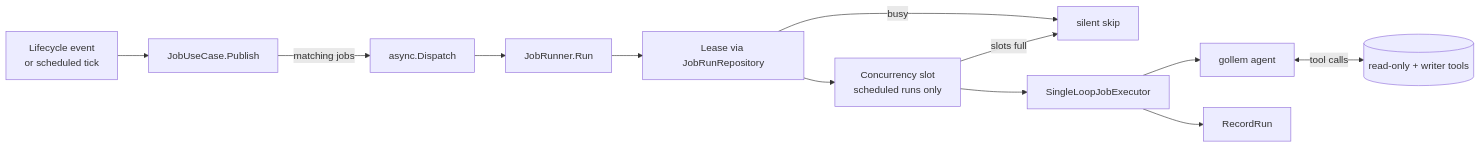
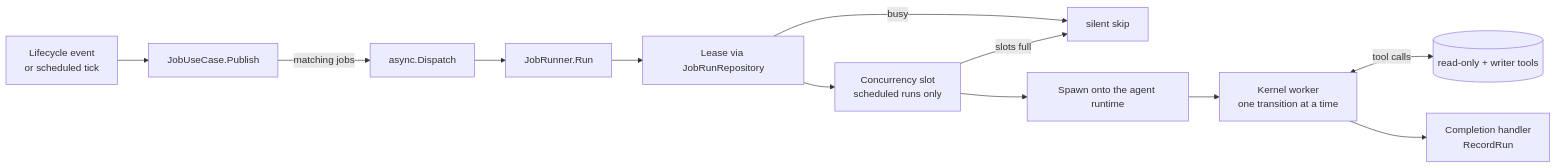
One commit to secmon-lab/hecatoncheires changed the diagram in docs/operations.md. Above: the diagram before and after it, drawn with Mermaid. The commit also changed other lines of this file and 167 other files, not shown here.

First line of the commit message:
refactor: run every agent host on agentkit and retire the turn lock (#261)

````diff
--- a/docs/operations.md
+++ b/docs/operations.md
@@ -101,14 +101,14 @@
 ```mermaid
 flowchart LR
   EV[Lifecycle event\nor scheduled tick] --> PUB[JobUseCase.Publish]
   PUB -->|matching jobs| DISP[async.Dispatch]
   DISP --> RUN[JobRunner.Run]
   RUN --> LEASE[Lease via JobRunRepository]
   LEASE -->|busy| SKIP[silent skip]
   LEASE --> SLOT[Concurrency slot\nscheduled runs only]
   SLOT -->|slots full| SKIP
-  SLOT --> EXEC[SingleLoopJobExecutor]
-  EXEC --> LLM[gollem agent]
-  LLM <-->|tool calls| TOOLS[(read-only + writer tools)]
-  EXEC --> REC[RecordRun]
+  SLOT --> SPAWN[Spawn onto the agent runtime]
+  SPAWN --> WORK[Kernel worker\none transition at a time]
+  WORK <-->|tool calls| TOOLS[(read-only + writer tools)]
+  WORK --> FIN[Completion handler\nRecordRun]
 ```
````
